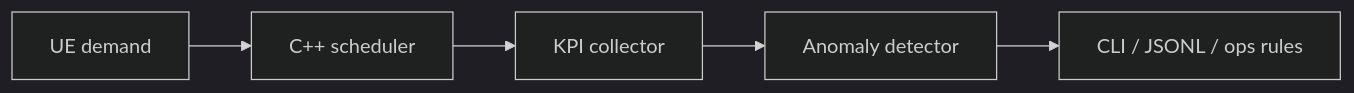
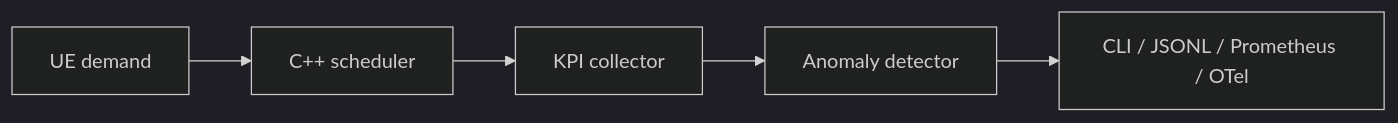
The diagram in README.md (gerardrecinto/6g-ran-edge-lab), drawn with Mermaid (dark theme) before and after one commit. The commit also changed other lines of this file and 17 other files, not shown here.

````diff
--- a/README.md
+++ b/README.md
@@ -62,7 +66,7 @@
 ```mermaid
 flowchart LR
     UE["UE demand"] --> Scheduler["C++ scheduler"]
     Scheduler --> Kpis["KPI collector"]
     Kpis --> Detector["Anomaly detector"]
-    Detector --> Output["CLI / JSONL / ops rules"]
+    Detector --> Output["CLI / JSONL / Prometheus / OTel"]
 ```
````
